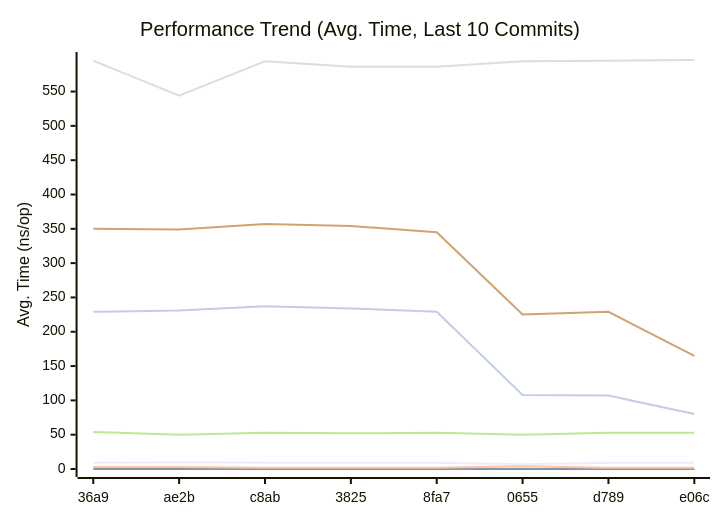
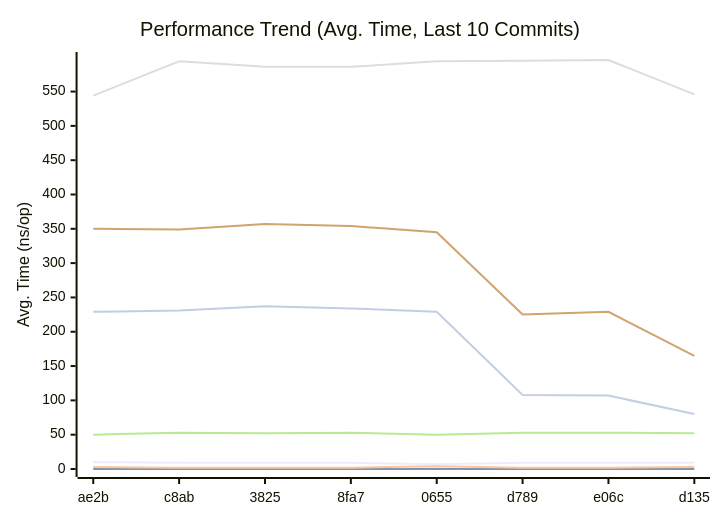
The first of 3 diagrams in docs/README.md (alsotoes/momo), drawn with Mermaid before and after one commit. The commit also changed other lines of this file and 1 other file, not shown here.

````diff
--- a/docs/README.md
+++ b/docs/README.md
@@ -303,14 +303,14 @@
 ```mermaid
 xychart-beta
     title "Performance Trend (Avg. Time, Last 10 Commits)"
     x-axis "Commit"
     y-axis "Avg. Time (ns/op)"
-    x-axis [36a9,ae2b,c8ab,3825,8fa7,0655,d789,e06c]
-    line "CheckMetricsAndSwap" [9,10,9,9,9,7,9,9,9,9]
+    x-axis [ae2b,c8ab,3825,8fa7,0655,d789,e06c,d135]
+    line "CheckMetricsAndSwap" [10,9,9,9,7,9,9,9,9,7]
     line "IndexDirectTracking" [0,0,0,0,0,0,0,0,0,0]
-    line "IndexSearch" [3,3,2,2,2,4,2,2,3,3]
-    line "LoadGlobalConfig" [595,544,594,586,586,594,595,596,546,551]
-    line "PadString" [54,50,53,52,53,50,53,53,52,51]
+    line "IndexSearch" [3,2,2,2,4,2,2,3,3,4]
+    line "LoadGlobalConfig" [544,594,586,586,594,595,596,546,551,589]
+    line "PadString" [50,53,52,53,50,53,53,52,51,50]
     line "ParseReplicationOrder_NoPrealloc" [350,349,357,354,345,225,229,165,232,234]
     line "ParseReplicationOrder_Prealloc" [229,231,237,234,229,108,107,80,110,109]
 ```
````
